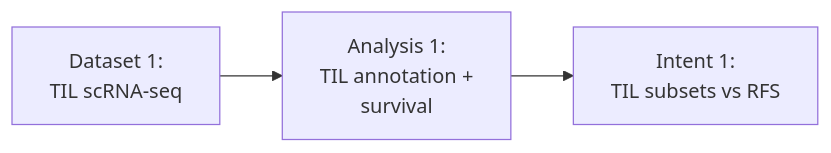
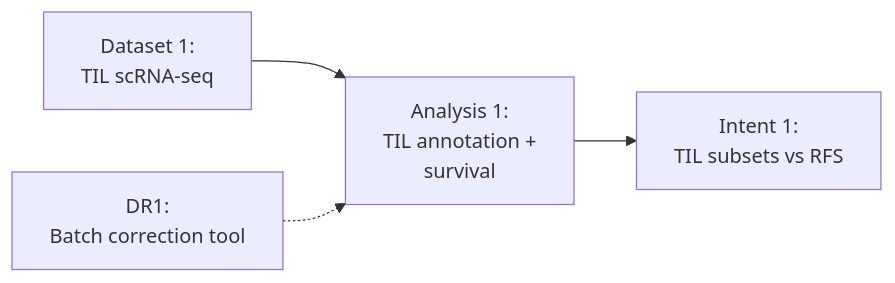
Before and after one commit to swarbricklab/biospec: the diagram in validation/fixtures/minimal-biospec/dependencies.md, drawn with Mermaid. The commit also changed other lines of this file and 25 other files, not shown here.

````diff
--- a/validation/fixtures/minimal-biospec/dependencies.md
+++ b/validation/fixtures/minimal-biospec/dependencies.md
@@ -9,9 +9,11 @@
 ```mermaid
 graph LR
     D1["Dataset 1:<br/>TIL scRNA-seq"]
     A1["Analysis 1:<br/>TIL annotation +<br/>survival"]
     I1["Intent 1:<br/>TIL subsets vs RFS"]
+    DR1["DR1:<br/>Batch correction tool"]
 
     D1 --> A1
     A1 --> I1
+    DR1 -.-> A1
 ```
````
